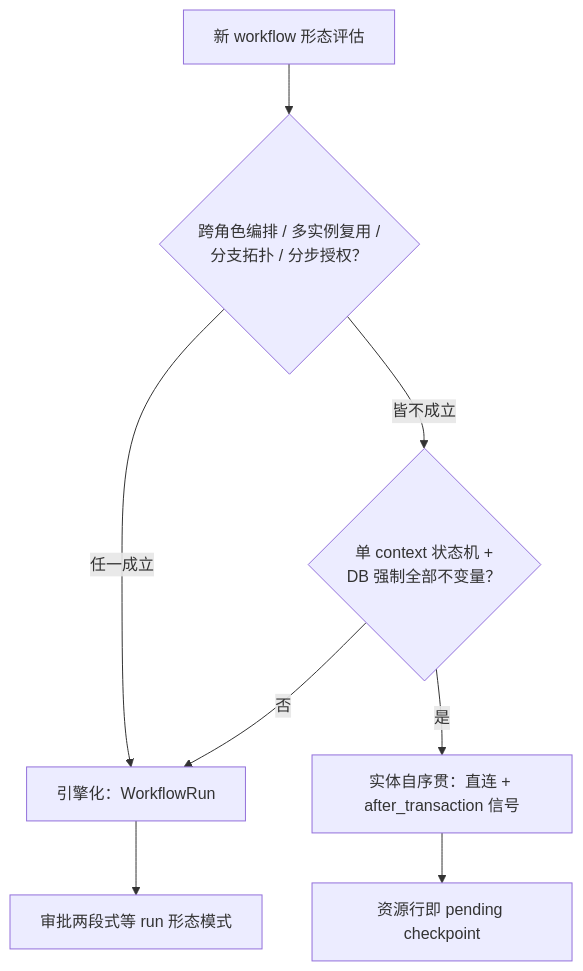
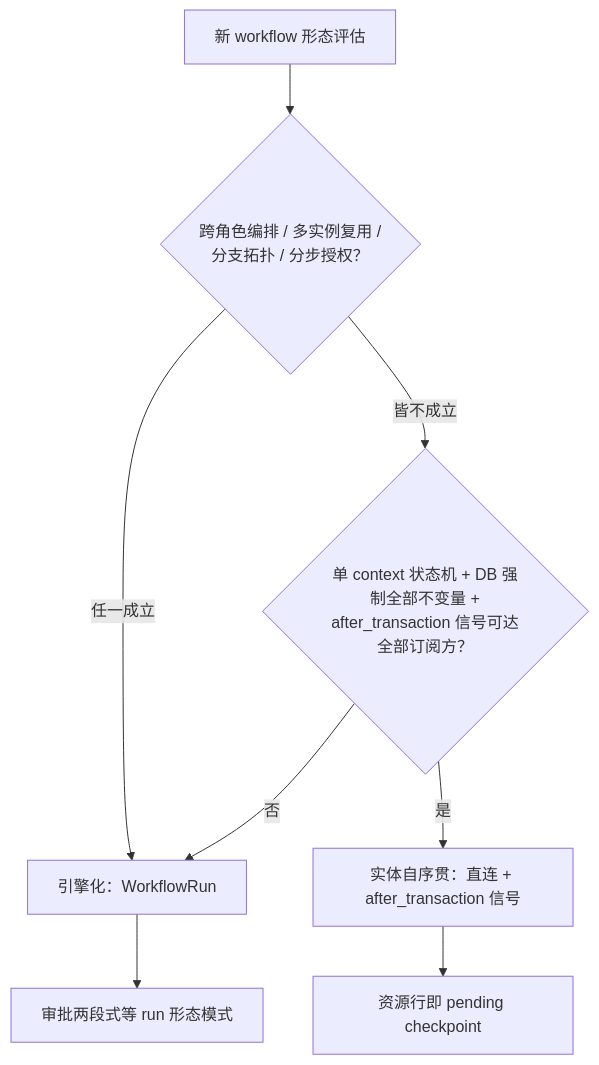
Before and after one commit to CodingGirlsClub/cgc_2046: the first of 2 diagrams in docs/plans/2026-08-12-001-feat-workflow-run-worthiness-plan.md, drawn with Mermaid. The commit also changed other lines of this file, not shown here.

````diff
--- a/docs/plans/2026-08-12-001-feat-workflow-run-worthiness-plan.md
+++ b/docs/plans/2026-08-12-001-feat-workflow-run-worthiness-plan.md
@@ -61,10 +64,10 @@
 ```mermaid
 flowchart TB
   A[新 workflow 形态评估] --> B{跨角色编排 / 多实例复用 /<br/>分支拓扑 / 分步授权？}
   B -->|任一成立| C[引擎化：WorkflowRun]
-  B -->|皆不成立| D{单 context 状态机 +<br/>DB 强制全部不变量？}
+  B -->|皆不成立| D{单 context 状态机 + DB 强制全部不变量 +<br/>after_transaction 信号可达全部订阅方？}
   D -->|是| E[实体自序贯：直连 + after_transaction 信号]
   D -->|否| C
   E --> F[资源行即 pending checkpoint]
   C --> G[审批两段式等 run 形态模式]
 ```
````
